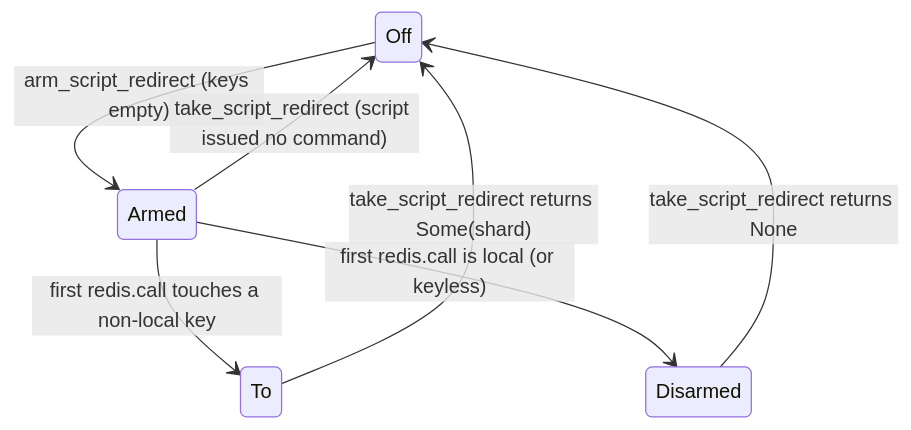
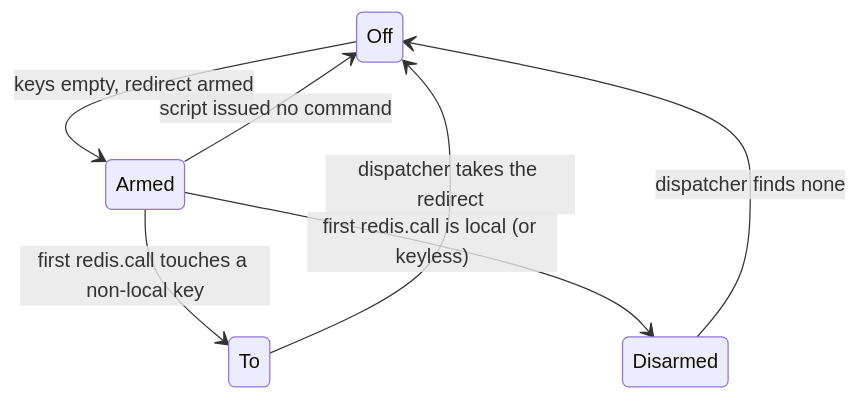
One commit to warrenzhu25/rudis changed the second of 3 diagrams in docs/internal/13_scripting_functions.md. Above: the diagram before and after it, drawn with Mermaid. The commit also changed other lines of this file, not shown here.

````diff
--- a/docs/internal/13_scripting_functions.md
+++ b/docs/internal/13_scripting_functions.md
@@ -279,9 +233,9 @@
 ```mermaid
 stateDiagram-v2
-    Off --> Armed: arm_script_redirect (keys empty)
+    Off --> Armed: keys empty, redirect armed
     Armed --> To: first redis.call touches a non-local key
     Armed --> Disarmed: first redis.call is local (or keyless)
-    To --> Off: take_script_redirect returns Some(shard)
-    Disarmed --> Off: take_script_redirect returns None
-    Armed --> Off: take_script_redirect (script issued no command)
+    To --> Off: dispatcher takes the redirect
+    Disarmed --> Off: dispatcher finds none
+    Armed --> Off: script issued no command
 ```
````
